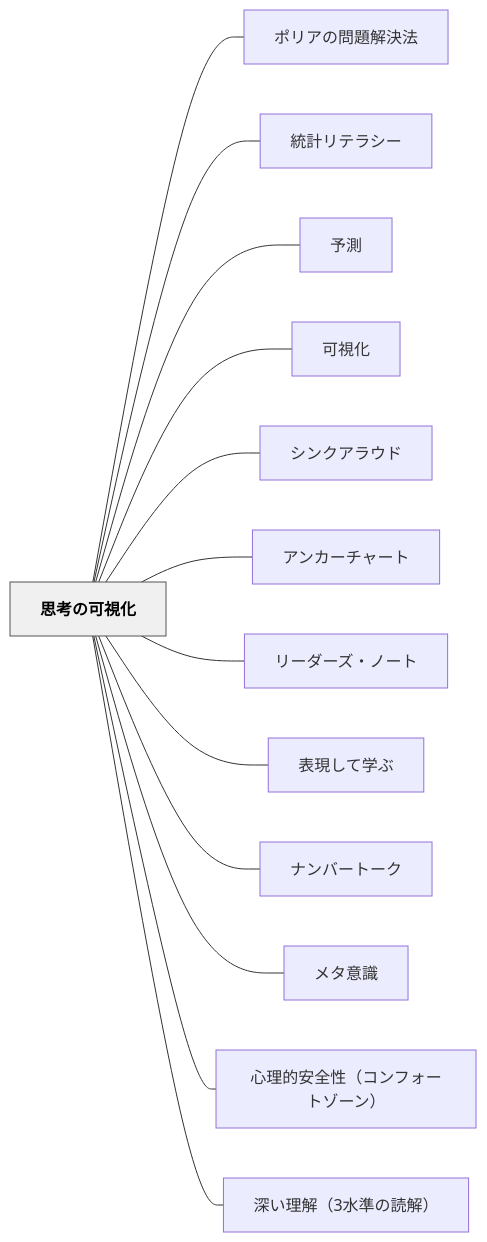
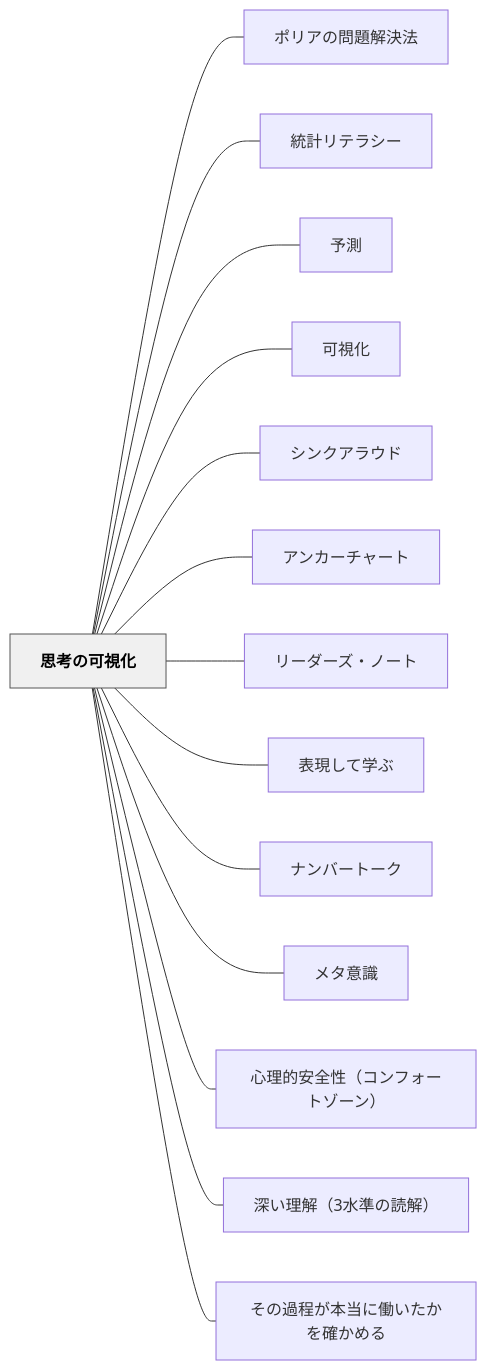
One commit to unknownthings-ed-patterns/unknownthings-ed-patterns changed the diagram in content/パタン/思考の可視化.md. Above: the diagram before and after it, drawn with Mermaid. The commit also changed other lines of this file and 17 other files, not shown here.

````diff
--- a/content/パタン/思考の可視化.md
+++ b/content/パタン/思考の可視化.md
@@ -130,32 +132,34 @@
 ```mermaid
 flowchart LR
     ne6809de88083e381aee58fafe8a696e58c96["思考の可視化"]
     ne3839de383aae382a2e381aee5958fe9a18ce8a7a3e6b1bae6b395["ポリアの問題解決法"]
     ne7b5b1e8a888e383aae38386e383a9e382b7e383bc["統計リテラシー"]
     ne4ba88e6b8ac["予測"]
     ne58fafe8a696e58c96["可視化"]
     ne382b7e383b3e382afe382a2e383a9e382a6e38389["シンクアラウド"]
     ne382a2e383b3e382abe383bce38381e383a3e383bce38388["アンカーチャート"]
     ne383aae383bce38380e383bce382bae383bbe3838ee383bce38388["リーダーズ・ノート"]
     ne8a1a8e78fbee38197e381a6e5ada6e381b6["表現して学ぶ"]
     ne3838ae383b3e38390e383bce38388e383bce382af["ナンバートーク"]
     ne383a1e382bfe6848fe8ad98["メタ意識"]
     ne5bf83e79086e79a84e5ae89e585a8e680a7efbc88e382b3e383b3e38395e382a9e383bce38388e382bee383bce383b3efbc89["心理的安全性（コンフォートゾーン）"]
     ne6b7b1e38184e79086e8a7a3efbc8833e6b0b4e6ba96e381aee8aaade8a7a3efbc89["深い理解（3水準の読解）"]
+    ne3819de381aee9818ee7a88be3818ce69cace5bd93e381abe5838de38184e3819fe3818be38292e7a2bae3818be38281e3828b["その過程が本当に働いたかを確かめる"]
 
     ne6809de88083e381aee58fafe8a696e58c96 --- ne3839de383aae382a2e381aee5958fe9a18ce8a7a3e6b1bae6b395
     ne6809de88083e381aee58fafe8a696e58c96 --- ne7b5b1e8a888e383aae38386e383a9e382b7e383bc
     ne6809de88083e381aee58fafe8a696e58c96 --- ne4ba88e6b8ac
     ne6809de88083e381aee58fafe8a696e58c96 --- ne58fafe8a696e58c96
     ne6809de88083e381aee58fafe8a696e58c96 --- ne382b7e383b3e382afe382a2e383a9e382a6e38389
     ne6809de88083e381aee58fafe8a696e58c96 --- ne382a2e383b3e382abe383bce38381e383a3e383bce38388
     ne6809de88083e381aee58fafe8a696e58c96 --- ne383aae383bce38380e383bce382bae383bbe3838ee383bce38388
     ne6809de88083e381aee58fafe8a696e58c96 --- ne8a1a8e78fbee38197e381a6e5ada6e381b6
     ne6809de88083e381aee58fafe8a696e58c96 --- ne3838ae383b3e38390e383bce38388e383bce382af
     ne6809de88083e381aee58fafe8a696e58c96 --- ne383a1e382bfe6848fe8ad98
     ne6809de88083e381aee58fafe8a696e58c96 --- ne5bf83e79086e79a84e5ae89e585a8e680a7efbc88e382b3e383b3e38395e382a9e383bce38388e382bee383bce383b3efbc89
     ne6809de88083e381aee58fafe8a696e58c96 --- ne6b7b1e38184e79086e8a7a3efbc8833e6b0b4e6ba96e381aee8aaade8a7a3efbc89
+    ne6809de88083e381aee58fafe8a696e58c96 --- ne3819de381aee9818ee7a88be3818ce69cace5bd93e381abe5838de38184e3819fe3818be38292e7a2bae3818be38281e3828b
 
     classDef hub fill:#f0f0f0,stroke:#555,color:#000,font-weight:bold
     class ne6809de88083e381aee58fafe8a696e58c96 hub
 ```
````
